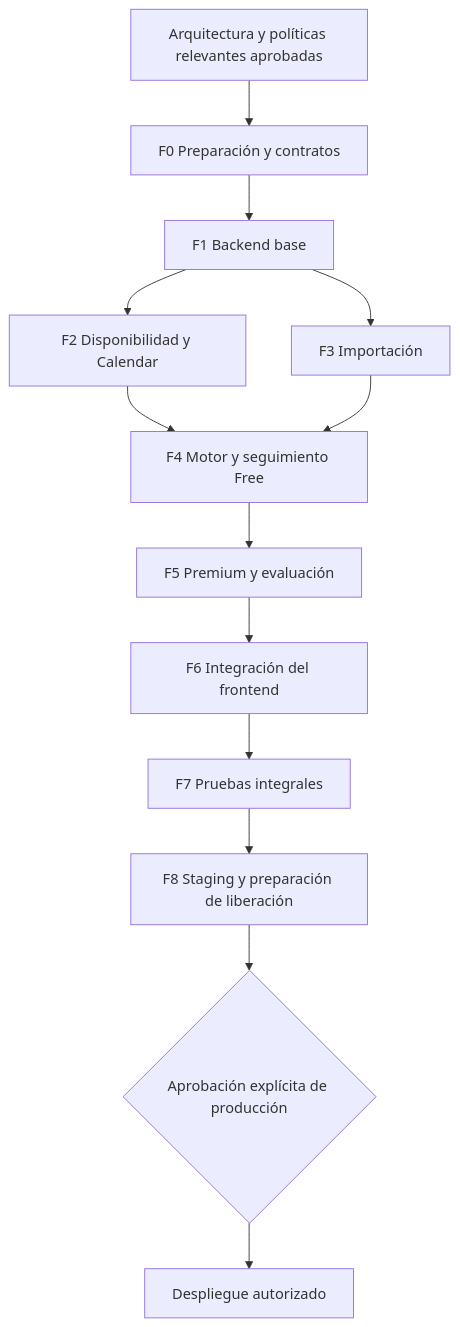
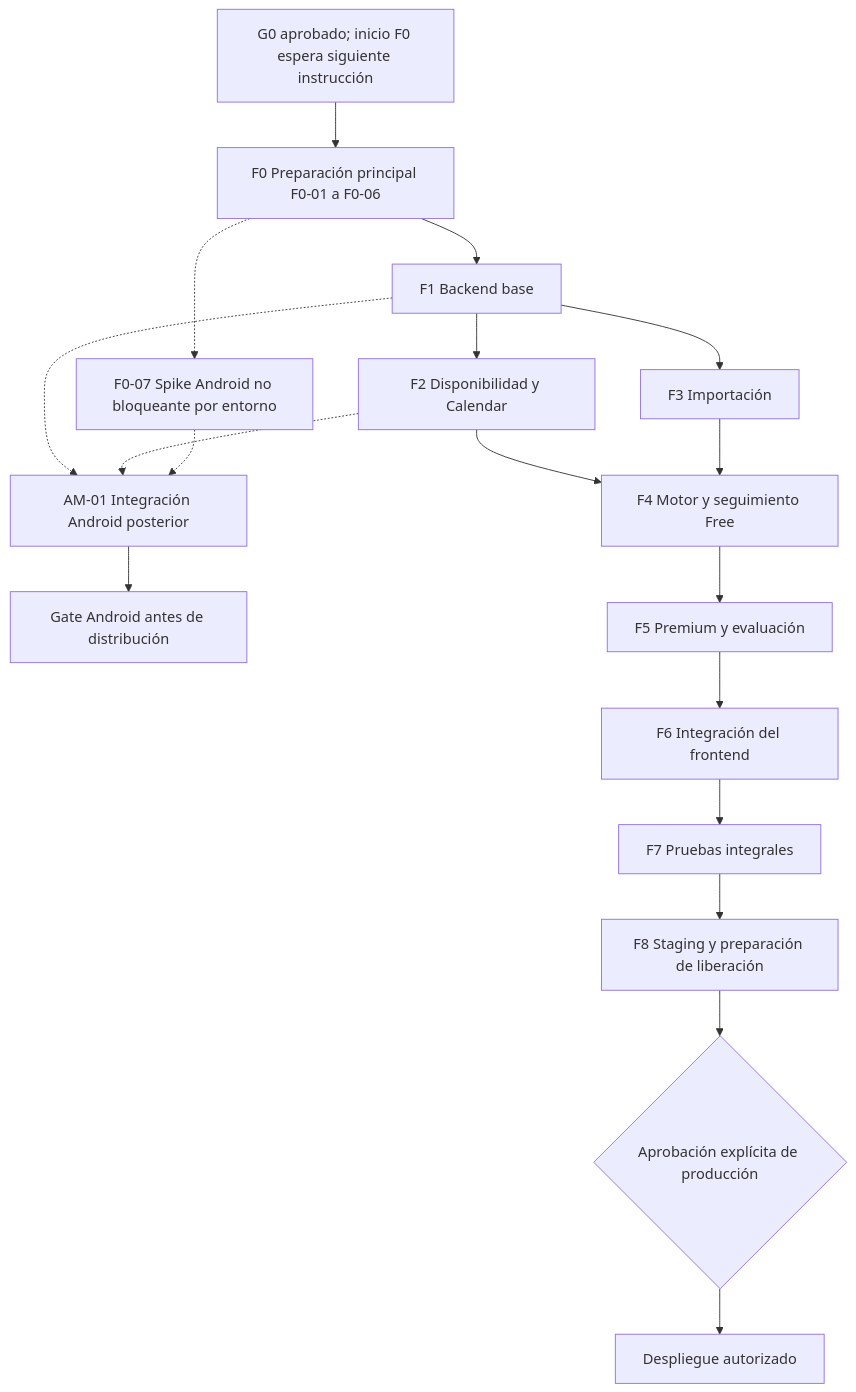
The diagram in PLAN.md (jordinnreyes/LoadFlow), drawn with Mermaid before and after one commit. The commit also changed other lines of this file and 33 other files, not shown here.

````diff
--- a/PLAN.md
+++ b/PLAN.md
@@ -23,15 +25,20 @@
 ```mermaid
 flowchart TD
-  G0[Arquitectura y políticas relevantes aprobadas] --> F0[F0 Preparación y contratos]
+  G0[G0 aprobado; inicio F0 espera siguiente instrucción] --> F0[F0 Preparación principal F0-01 a F0-06]
   F0 --> F1[F1 Backend base]
+  F0 -.-> A0[F0-07 Spike Android no bloqueante por entorno]
   F1 --> F2[F2 Disponibilidad y Calendar]
   F1 --> F3[F3 Importación]
+  F1 -.-> AM[AM-01 Integración Android posterior]
+  F2 -.-> AM
+  A0 -.-> AM
+  AM --> GA[Gate Android antes de distribución]
   F2 --> F4[F4 Motor y seguimiento Free]
   F3 --> F4
   F4 --> F5[F5 Premium y evaluación]
   F5 --> F6[F6 Integración del frontend]
   F6 --> F7[F7 Pruebas integrales]
   F7 --> F8[F8 Staging y preparación de liberación]
   F8 --> G8{Aprobación explícita de producción}
   G8 --> PROD[Despliegue autorizado]
 ```
````
